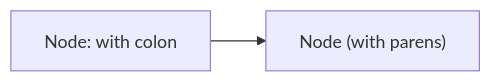
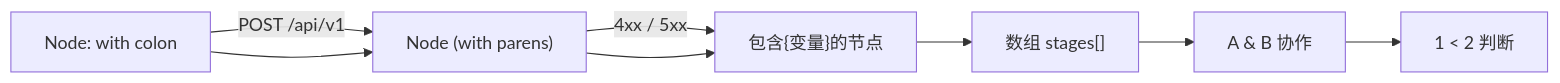
The sixth of 6 diagrams in skills/engineering-foundations/mermaid-diagrams/references/FLOWCHART.md (zhsusn/skill-arsenal), drawn with Mermaid before and after one commit. The commit also changed other lines of this file and 22 other files, not shown here.

````diff
--- a/skills/engineering-foundations/mermaid-diagrams/references/FLOWCHART.md
+++ b/skills/engineering-foundations/mermaid-diagrams/references/FLOWCHART.md
@@ -82,6 +145,22 @@
 ```mermaid
 flowchart LR
+  %% 含冒号、括号、花括号
   A["Node: with colon"]
   B["Node (with parens)"]
+  C["包含{变量}的节点"]
+  D["数组 stages[]"]
+
+  %% 含 & < > 等特殊符号
+  E["A & B 协作"]
+  F["1 < 2 判断"]
+
+  %% 箭头标签含斜杠、空格
+  A -->|"POST /api/v1"| B
+  B -->|"4xx / 5xx"| C
+
   A --> B
+  B --> C
+  C --> D
+  D --> E
+  E --> F
 ```
````
